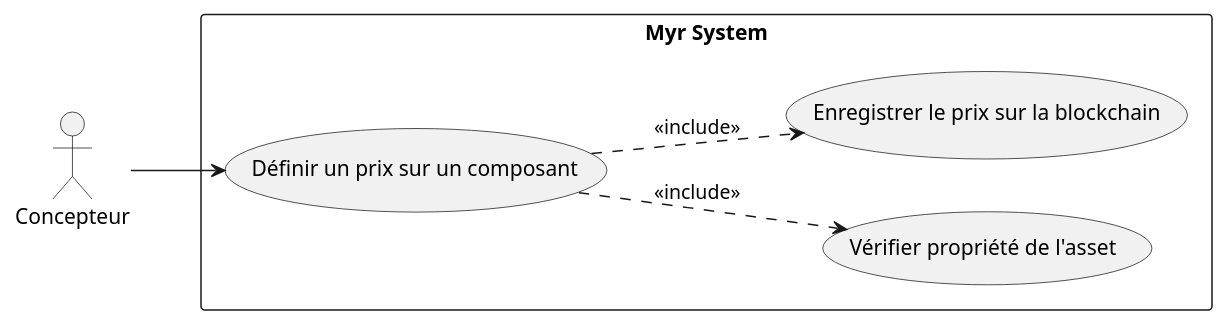
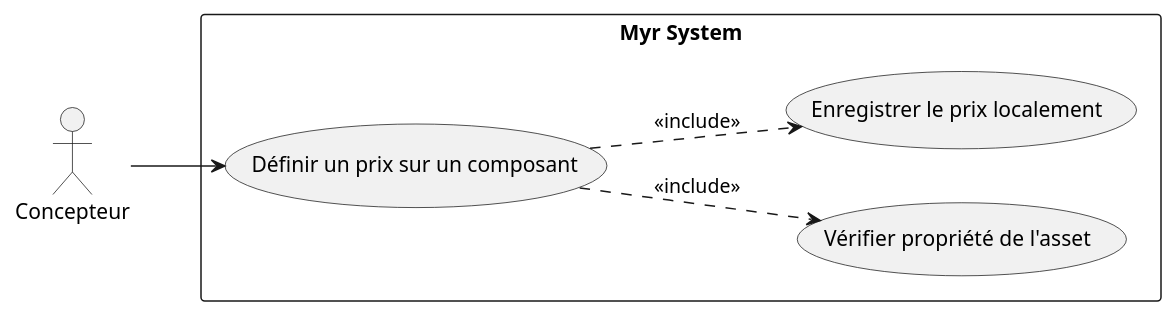
Before and after one commit to olivaux/myr: the first of 2 diagrams in specs/2-Analyse/UCPI-Propriete_Intellectuelle/UCPI04.md, drawn with PlantUML. The commit also changed other lines of this file and 72 other files, not shown here.

````diff
--- a/specs/2-Analyse/UCPI-Propriete_Intellectuelle/UCPI04.md
+++ b/specs/2-Analyse/UCPI-Propriete_Intellectuelle/UCPI04.md
@@ -14,18 +14,18 @@
 ```plantuml
 @startuml
 left to right direction
 
 actor "Concepteur" as C
 
 rectangle "Myr System" {
     usecase "Définir un prix sur un composant" as UC1
     usecase "Vérifier propriété de l'asset" as UC2
-    usecase "Enregistrer le prix sur la blockchain" as UC3
+    usecase "Enregistrer le prix localement" as UC3
 }
 
 C --> UC1
 UC1 ..> UC2 : <<include>>
 UC1 ..> UC3 : <<include>>
 
 @enduml
 ```
````
